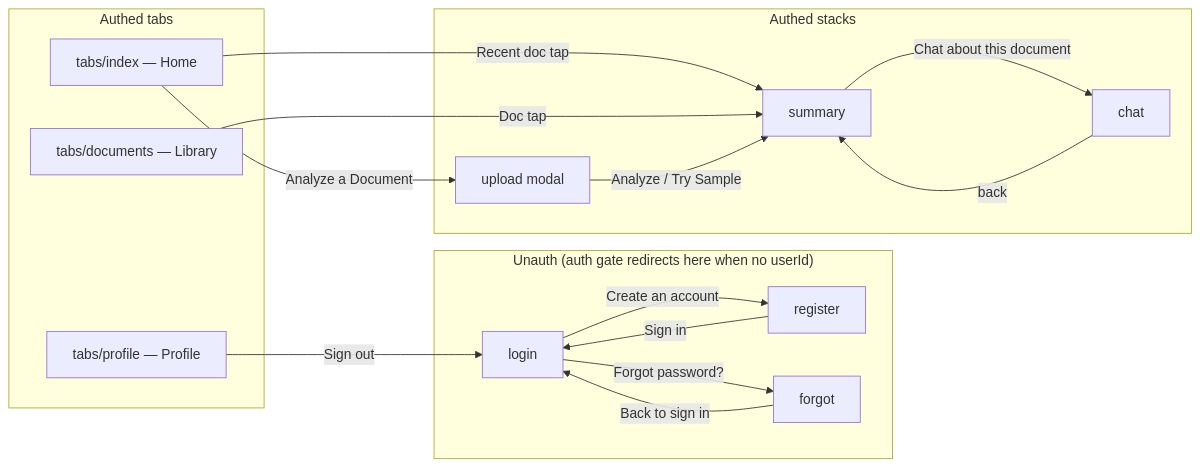
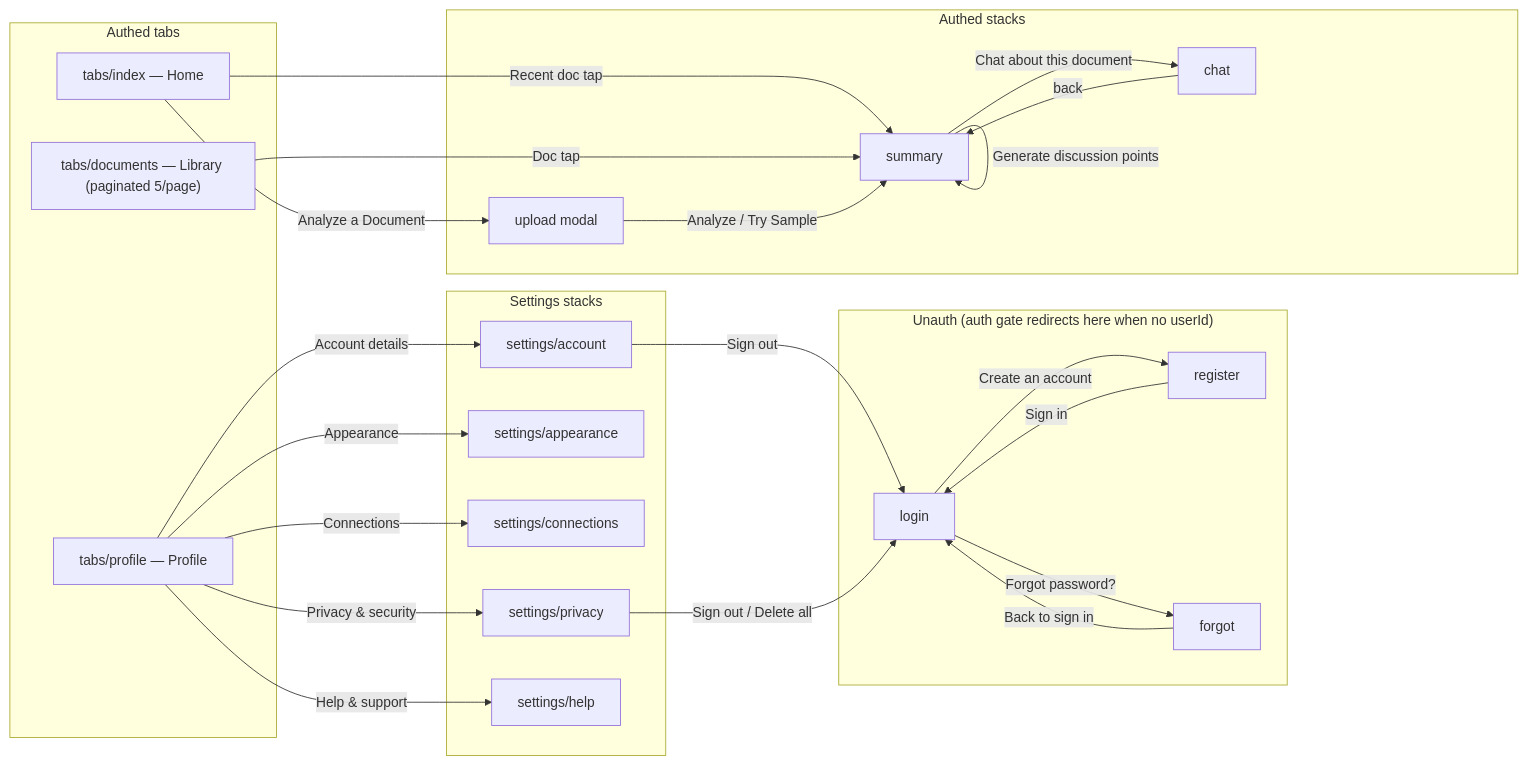
One commit to Derek-miranda/DocuThinker-AI changed the second of 6 diagrams in MOBILE_APPS.md. Above: the diagram before and after it, drawn with Mermaid. The commit also changed other lines of this file and 46 other files, not shown here.

````diff
--- a/MOBILE_APPS.md
+++ b/MOBILE_APPS.md
@@ -107,32 +115,47 @@
 ```mermaid
 graph LR
   subgraph Unauth["Unauth (auth gate redirects here when no userId)"]
     L["login"]
     R["register"]
     F["forgot"]
   end
   subgraph AuthedTabs["Authed tabs"]
     H["tabs/index — Home"]
-    D["tabs/documents — Library"]
+    D["tabs/documents — Library (paginated 5/page)"]
     P["tabs/profile — Profile"]
   end
   subgraph AuthedStacks["Authed stacks"]
     U["upload modal"]
     S["summary"]
     C["chat"]
+  end
+  subgraph Settings["Settings stacks"]
+    SA["settings/account"]
+    SAp["settings/appearance"]
+    SC["settings/connections"]
+    SP["settings/privacy"]
+    SH["settings/help"]
   end
 
   L -- "Create an account" --> R
   L -- "Forgot password?" --> F
   R -- "Sign in" --> L
   F -- "Back to sign in" --> L
 
   H -- "Analyze a Document" --> U
   H -- "Recent doc tap" --> S
   D -- "Doc tap" --> S
-  P -- "Sign out" --> L
+  P -- "Account details" --> SA
+  P -- "Appearance" --> SAp
+  P -- "Connections" --> SC
+  P -- "Privacy & security" --> SP
+  P -- "Help & support" --> SH
+  SA -- "Sign out" --> L
+  SP -- "Sign out / Delete all" --> L
 
   U -- "Analyze / Try Sample" --> S
   S -- "Chat about this document" --> C
+  S -- "Generate key ideas" --> S
+  S -- "Generate discussion points" --> S
   C -- "back" --> S
 ```
````
